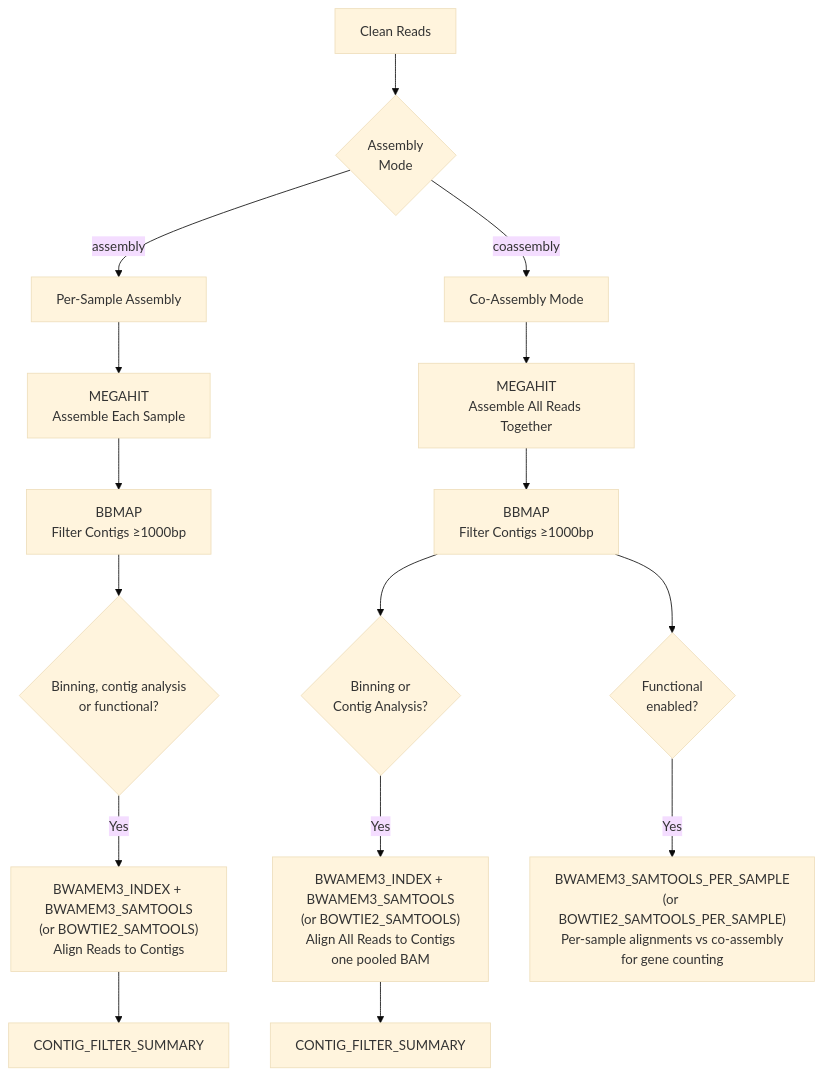
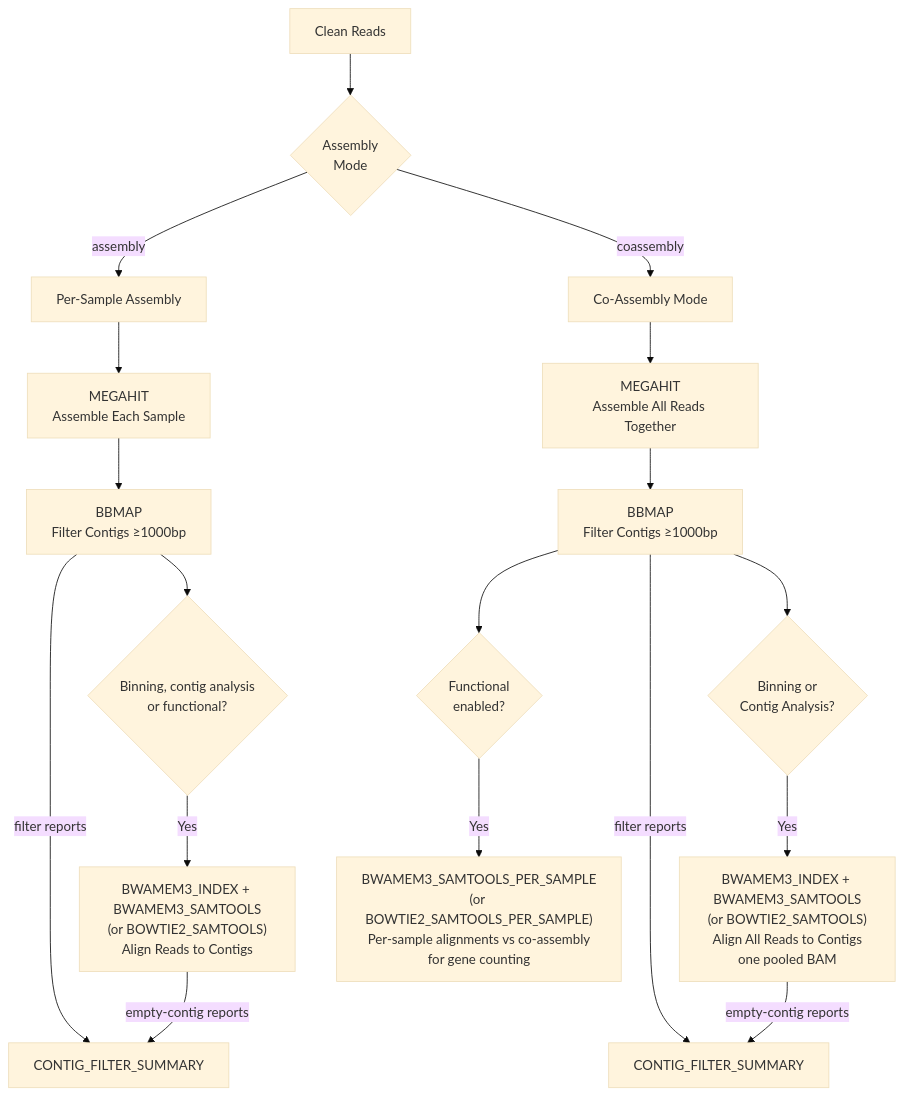
One commit to gene2dis/BugBuster changed the sixth of 8 diagrams in docs/WORKFLOW_DIAGRAM.md. Above: the diagram before and after it, drawn with Mermaid (base theme). The commit also changed other lines of this file and 14 other files, not shown here.

````diff
--- a/docs/WORKFLOW_DIAGRAM.md
+++ b/docs/WORKFLOW_DIAGRAM.md
@@ -211,20 +213,22 @@
 ```mermaid
 flowchart TD
     Reads[Clean Reads] --> Mode{Assembly<br/>Mode}
     
     Mode -->|assembly| PerSample[Per-Sample Assembly]
     PerSample --> MEGAHIT1[MEGAHIT<br/>Assemble Each Sample]
     MEGAHIT1 --> BBMAP1[BBMAP<br/>Filter Contigs ≥1000bp]
     BBMAP1 --> Align1{Binning, contig analysis<br/>or functional?}
     Align1 -->|Yes| Bowtie1["BWAMEM3_INDEX + BWAMEM3_SAMTOOLS<br/>(or BOWTIE2_SAMTOOLS)<br/>Align Reads to Contigs"]
-    Bowtie1 --> Summary1[CONTIG_FILTER_SUMMARY]
+    BBMAP1 -->|filter reports| Summary1[CONTIG_FILTER_SUMMARY]
+    Bowtie1 -->|empty-contig reports| Summary1
     
     Mode -->|coassembly| CoAssembly[Co-Assembly Mode]
     CoAssembly --> MEGAHIT2[MEGAHIT<br/>Assemble All Reads Together]
     MEGAHIT2 --> BBMAP2[BBMAP<br/>Filter Contigs ≥1000bp]
     BBMAP2 --> Align2{Binning or<br/>Contig Analysis?}
     Align2 -->|Yes| Bowtie2["BWAMEM3_INDEX + BWAMEM3_SAMTOOLS<br/>(or BOWTIE2_SAMTOOLS)<br/>Align All Reads to Contigs<br/>one pooled BAM"]
     BBMAP2 --> AlignFunc{Functional<br/>enabled?}
     AlignFunc -->|Yes| BowtiePS["BWAMEM3_SAMTOOLS_PER_SAMPLE<br/>(or BOWTIE2_SAMTOOLS_PER_SAMPLE)<br/>Per-sample alignments vs co-assembly<br/>for gene counting"]
-    Bowtie2 --> Summary2[CONTIG_FILTER_SUMMARY]
+    BBMAP2 -->|filter reports| Summary2[CONTIG_FILTER_SUMMARY]
+    Bowtie2 -->|empty-contig reports| Summary2
 ```
````
